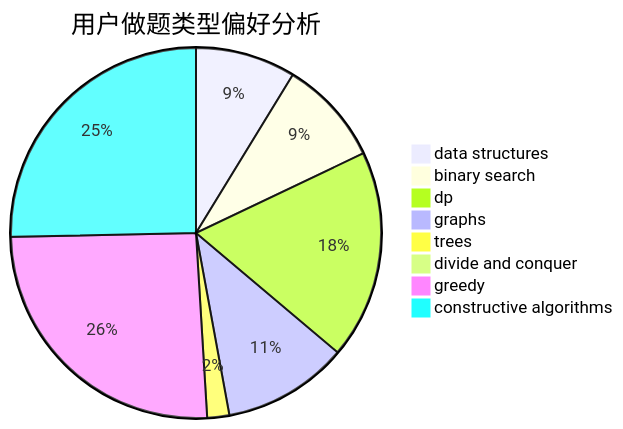
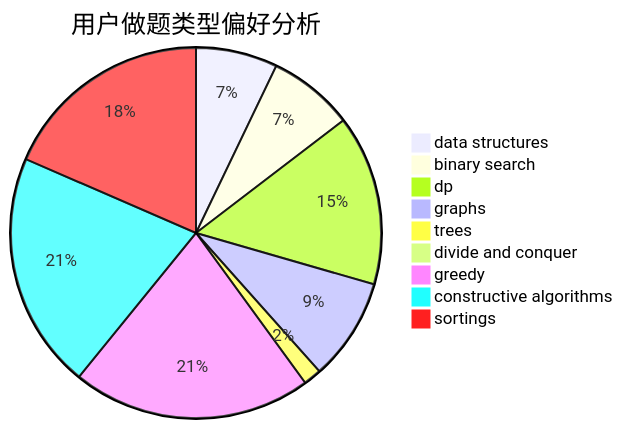
The second of 3 diagrams in docs/user/u936.md (sherpahu/cfrs.github.io), drawn with Mermaid before and after one commit. The commit also changed other lines of this file and 2769 other files, not shown here.

````diff
--- a/docs/user/u936.md
+++ b/docs/user/u936.md
@@ -23,11 +18,12 @@
 ```mermaid
 pie title 用户做题类型偏好分析
     "data structures" :  59
     "binary search" :  62
     "dp" :  123
     "graphs" :  74
     "trees" :  13
     "divide and conquer" :  1
     "greedy" :  173
     "constructive algorithms" :  171
+    "sortings" :  153
 ```
````
